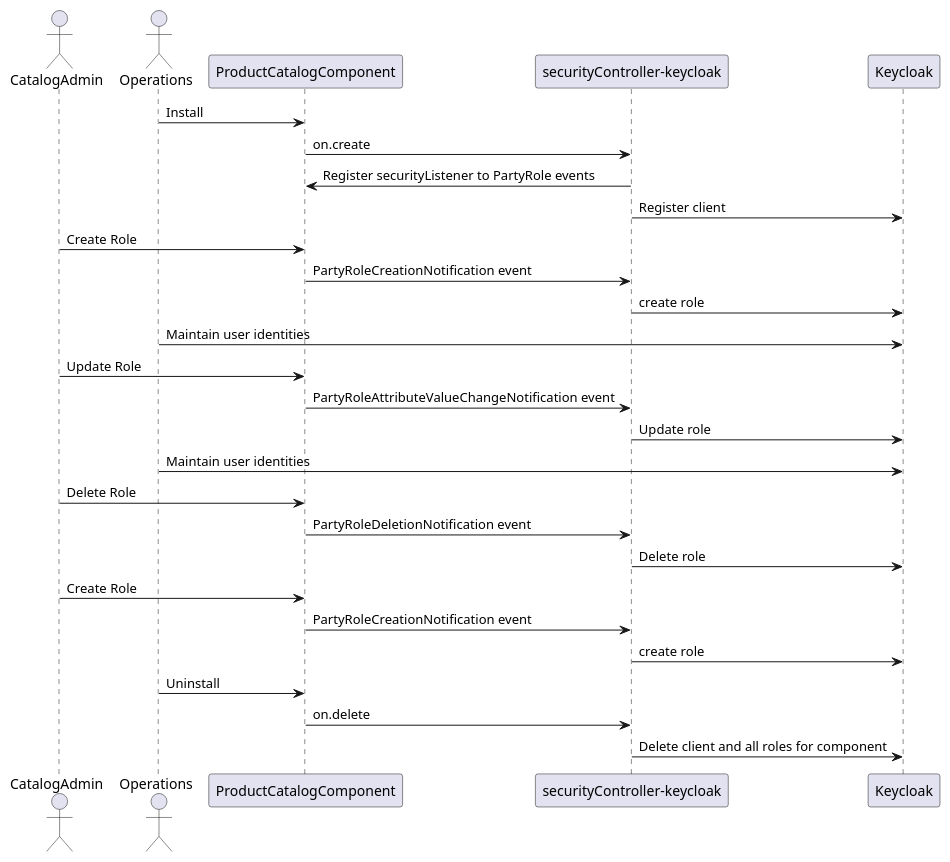
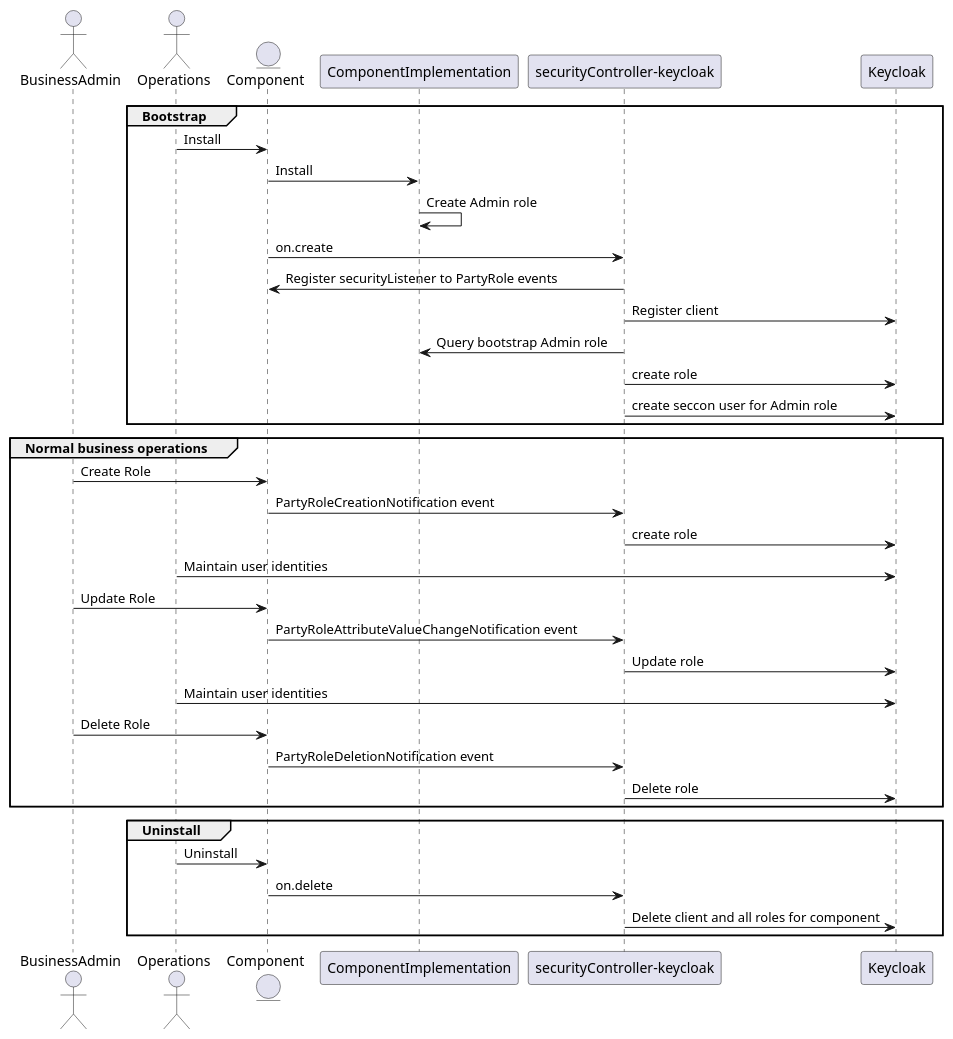
Before and after one commit to tmforum-oda/oda-canvas: the diagram in oda-canvas-ctk/usecase-library/Bootstrap-role-for-component/securitySequenceKeycloak.puml, drawn with PlantUML. The commit also changed 1 other file, not shown here.

Commit message:
Updated Bootstrap-role-for-component use-case

```diff
--- a/oda-canvas-ctk/usecase-library/Bootstrap-role-for-component/securitySequenceKeycloak.puml
+++ b/oda-canvas-ctk/usecase-library/Bootstrap-role-for-component/securitySequenceKeycloak.puml
@@ -1,31 +1,43 @@
 @startuml
 
-actor "CatalogAdmin"
-actor "Operations"
+actor BusinessAdmin
+actor Operations
+entity Component
+participant ComponentImplementation
 
+group Bootstrap
+Component <- Operations : Install
+Component -> ComponentImplementation : Install
+ComponentImplementation -> ComponentImplementation: Create Admin role
 
+Component -> "securityController-keycloak": on.create 
+"securityController-keycloak" -> Component: Register securityListener to PartyRole events
+"securityController-keycloak" -> Keycloak: Register client
 
+"securityController-keycloak" -> ComponentImplementation : Query bootstrap Admin role
+"securityController-keycloak" -> Keycloak: create role
+"securityController-keycloak" -> Keycloak: create seccon user for Admin role
 
-ProductCatalogComponent <- "Operations" : Install
-ProductCatalogComponent -> "securityController-keycloak": on.create 
-"securityController-keycloak" -> ProductCatalogComponent: Register securityListener to PartyRole events
-"securityController-keycloak" -> Keycloak: Register client
-"CatalogAdmin" -> ProductCatalogComponent: Create Role
-ProductCatalogComponent-> "securityController-keycloak": PartyRoleCreationNotification event
+end 
+group Normal business operations
+
+BusinessAdmin -> Component: Create Role
+Component-> "securityController-keycloak": PartyRoleCreationNotification event
 "securityController-keycloak" -> Keycloak: create role
-"Operations"->Keycloak  : Maintain user identities
-"CatalogAdmin" -> ProductCatalogComponent: Update Role
-ProductCatalogComponent-> "securityController-keycloak": PartyRoleAttributeValueChangeNotification event
+Operations->Keycloak  : Maintain user identities
+BusinessAdmin -> Component: Update Role
+Component-> "securityController-keycloak": PartyRoleAttributeValueChangeNotification event
 "securityController-keycloak" -> Keycloak: Update role
-"Operations"->Keycloak  : Maintain user identities
-"CatalogAdmin" -> ProductCatalogComponent: Delete Role
-ProductCatalogComponent-> "securityController-keycloak": PartyRoleDeletionNotification event
+Operations->Keycloak  : Maintain user identities
+BusinessAdmin -> Component: Delete Role
+Component-> "securityController-keycloak": PartyRoleDeletionNotification event
 "securityController-keycloak" -> Keycloak: Delete role
-"CatalogAdmin" -> ProductCatalogComponent: Create Role
-ProductCatalogComponent-> "securityController-keycloak": PartyRoleCreationNotification event
-"securityController-keycloak" -> Keycloak: create role
-"Operations" -> ProductCatalogComponent  : Uninstall
-ProductCatalogComponent -> "securityController-keycloak": on.delete 
+
+end
+group Uninstall
+Operations -> Component  : Uninstall
+Component -> "securityController-keycloak": on.delete 
 "securityController-keycloak" -> Keycloak: Delete client and all roles for component
+end
 
 @enduml
```
